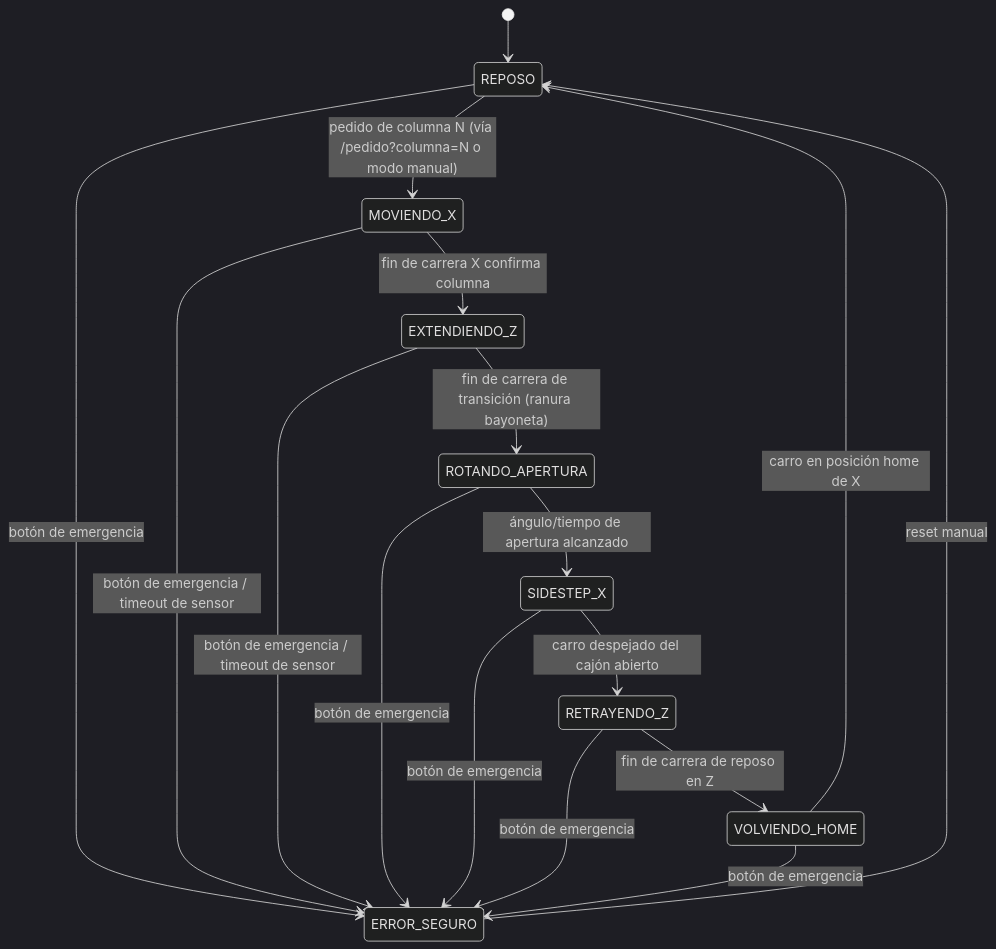
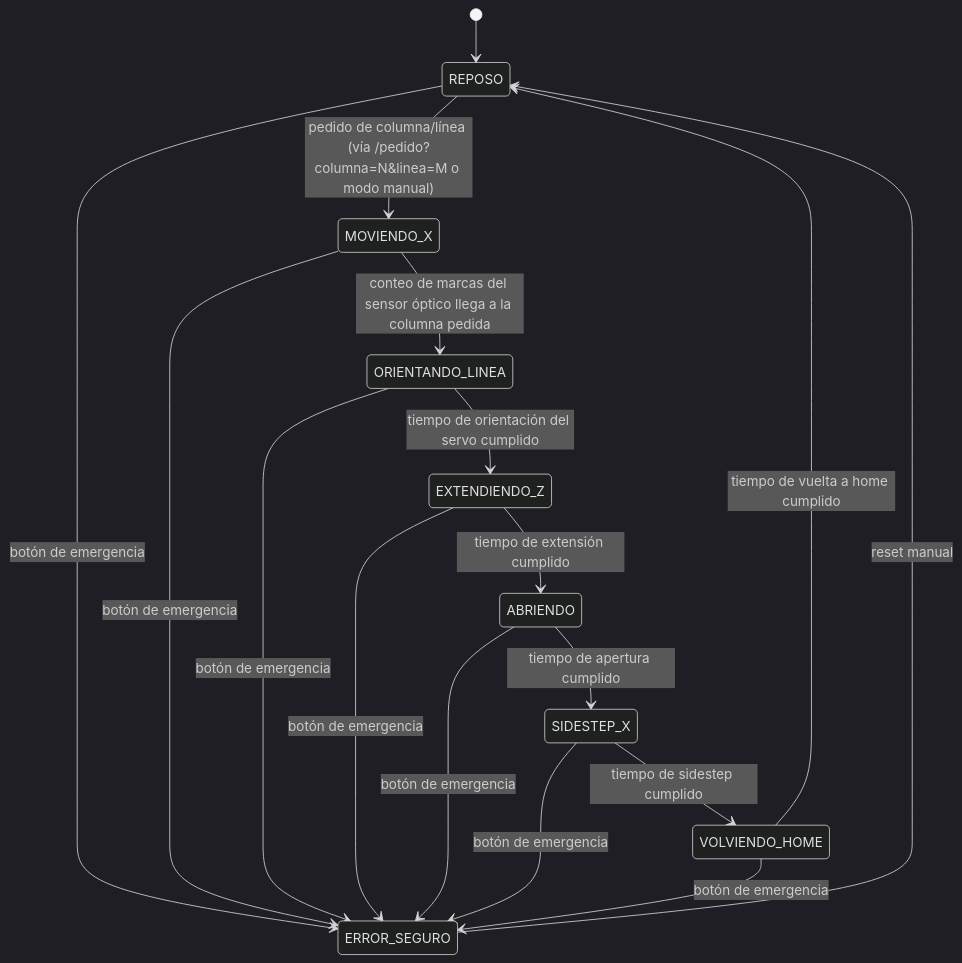
The diagram in docs/diagrama-flujo-estados.md (delfisalinasmich/sistema-apertura-cajones), drawn with Mermaid (dark theme) before and after one commit. The commit also changed other lines of this file and 29 other files, not shown here.

````diff
--- a/docs/diagrama-flujo-estados.md
+++ b/docs/diagrama-flujo-estados.md
@@ -5,21 +5,21 @@
 ```mermaid
 stateDiagram-v2
     [*] --> REPOSO
-    REPOSO --> MOVIENDO_X: pedido de columna N (vía /pedido?columna=N o modo manual)
-    MOVIENDO_X --> EXTENDIENDO_Z: fin de carrera X confirma columna
-    EXTENDIENDO_Z --> ROTANDO_APERTURA: fin de carrera de transición (ranura bayoneta)
-    ROTANDO_APERTURA --> SIDESTEP_X: ángulo/tiempo de apertura alcanzado
-    SIDESTEP_X --> RETRAYENDO_Z: carro despejado del cajón abierto
-    RETRAYENDO_Z --> VOLVIENDO_HOME: fin de carrera de reposo en Z
-    VOLVIENDO_HOME --> REPOSO: carro en posición home de X
+    REPOSO --> MOVIENDO_X: pedido de columna/línea (vía /pedido?columna=N&linea=M o modo manual)
+    MOVIENDO_X --> ORIENTANDO_LINEA: conteo de marcas del sensor óptico llega a la columna pedida
+    ORIENTANDO_LINEA --> EXTENDIENDO_Z: tiempo de orientación del servo cumplido
+    EXTENDIENDO_Z --> ABRIENDO: tiempo de extensión cumplido
+    ABRIENDO --> SIDESTEP_X: tiempo de apertura cumplido
+    SIDESTEP_X --> VOLVIENDO_HOME: tiempo de sidestep cumplido
+    VOLVIENDO_HOME --> REPOSO: tiempo de vuelta a home cumplido
 
     REPOSO --> ERROR_SEGURO: botón de emergencia
-    MOVIENDO_X --> ERROR_SEGURO: botón de emergencia / timeout de sensor
-    EXTENDIENDO_Z --> ERROR_SEGURO: botón de emergencia / timeout de sensor
-    ROTANDO_APERTURA --> ERROR_SEGURO: botón de emergencia
+    MOVIENDO_X --> ERROR_SEGURO: botón de emergencia
+    ORIENTANDO_LINEA --> ERROR_SEGURO: botón de emergencia
+    EXTENDIENDO_Z --> ERROR_SEGURO: botón de emergencia
+    ABRIENDO --> ERROR_SEGURO: botón de emergencia
     SIDESTEP_X --> ERROR_SEGURO: botón de emergencia
-    RETRAYENDO_Z --> ERROR_SEGURO: botón de emergencia
     VOLVIENDO_HOME --> ERROR_SEGURO: botón de emergencia
 
     ERROR_SEGURO --> REPOSO: reset manual
 ```
````
